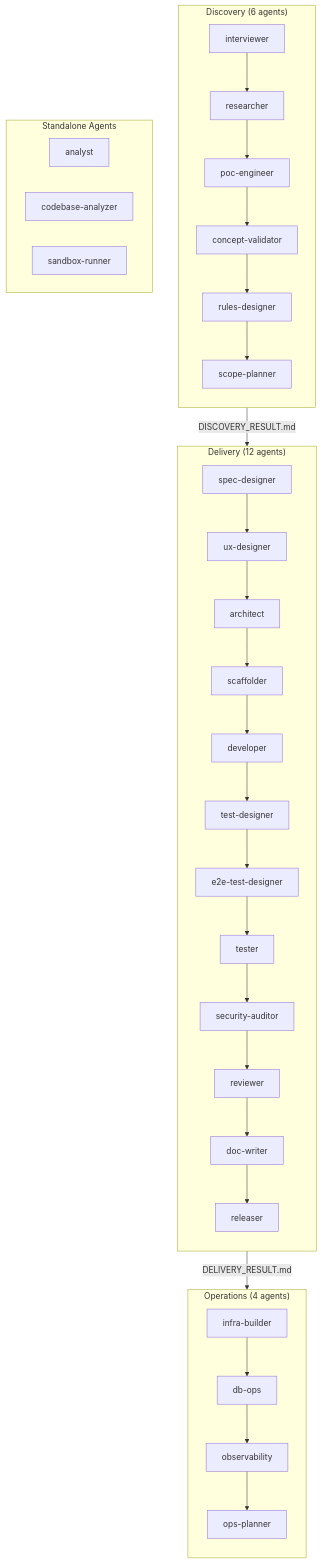
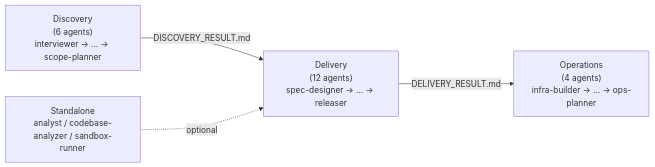
One commit to kirin0198/warterfall-agents changed the second of 6 diagrams in wiki/en/Architecture.md. Above: the diagram before and after it, drawn with Mermaid. The commit also changed 1 other file, not shown here.

Commit message:
docs: compact agent flow diagram by collapsing domains (en+ja)
- Replace verbose flowchart TB + 4 subgraphs with compact flowchart LR (4 nodes)
- Each domain node collapsed to single box with representative agent range
- Add click directives linking to Agents-Reference.md sections
- Handoff file names shown as edge labels (DISCOVERY_RESULT.md, DELIVERY_RESULT.md)
- Standalone agents shown with optional dashed edge to Delivery
- Mermaid source identical in en and ja (labels in English per convention)

````diff
--- a/wiki/en/Architecture.md
+++ b/wiki/en/Architecture.md
@@ -70,43 +70,16 @@
 ```mermaid
-flowchart TB
-    subgraph Discovery ["Discovery (6 agents)"]
-        direction TB
-        interviewer --> researcher
-        researcher --> poc-engineer
-        poc-engineer --> concept-validator
-        concept-validator --> rules-designer
-        rules-designer --> scope-planner
-    end
+flowchart LR
+    D["Discovery<br/>(6 agents)<br/>interviewer → ... → scope-planner"]
+    DV["Delivery<br/>(12 agents)<br/>spec-designer → ... → releaser"]
+    O["Operations<br/>(4 agents)<br/>infra-builder → ... → ops-planner"]
+    S["Standalone<br/>analyst / codebase-analyzer / sandbox-runner"]
 
-    subgraph Delivery ["Delivery (12 agents)"]
-        direction TB
-        spec-designer --> ux-designer
-        ux-designer --> architect
-        architect --> scaffolder
-        scaffolder --> developer
-        developer --> test-designer
-        test-designer --> e2e-test-designer
-        e2e-test-designer --> tester
-        tester --> security-auditor
-        security-auditor --> reviewer
-        reviewer --> doc-writer
-        doc-writer --> releaser
-    end
+    D -->|DISCOVERY_RESULT.md| DV
+    DV -->|DELIVERY_RESULT.md| O
+    S -.optional.-> DV
 
-    subgraph Operations ["Operations (4 agents)"]
-        direction TB
-        infra-builder --> db-ops
-        db-ops --> observability
-        observability --> ops-planner
-    end
-
-    subgraph Standalone ["Standalone Agents"]
-        direction LR
-        analyst
-        codebase-analyzer
-        sandbox-runner
-    end
-
-    Discovery -->|DISCOVERY_RESULT.md| Delivery
-    Delivery -->|DELIVERY_RESULT.md| Operations
+    click D "./Agents-Reference.md#discovery-domain" "Discovery agents"
+    click DV "./Agents-Reference.md#delivery-domain" "Delivery agents"
+    click O "./Agents-Reference.md#operations-domain" "Operations agents"
+    click S "./Agents-Reference.md#standalone-agents" "Standalone agents"
 ```
````
